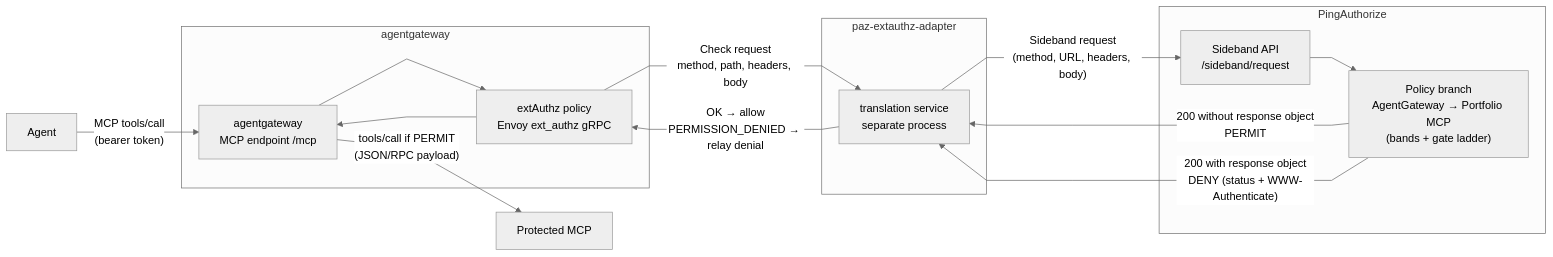
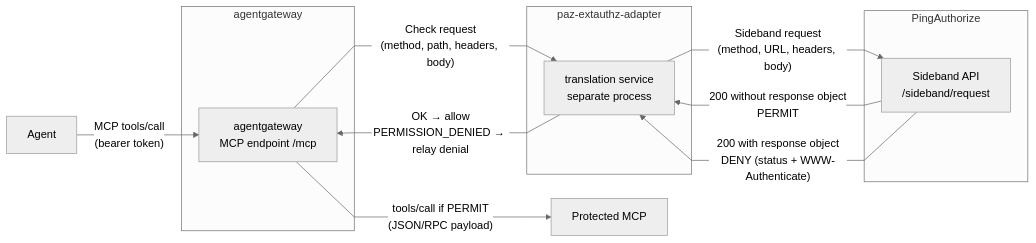
The diagram in _posts/2026-10-19-centralizing-mcp-authorization-with-p1authorize-part-2-agentgateway.md (carbonefederico/blog-content), drawn with Mermaid (neutral theme) before and after one commit. The commit also changed other lines of this file, not shown here.

Commit message:
Publish ready articles from blogger-agent

````diff
--- a/_posts/2026-10-19-centralizing-mcp-authorization-with-p1authorize-part-2-agentgateway.md
+++ b/_posts/2026-10-19-centralizing-mcp-authorization-with-p1authorize-part-2-agentgateway.md
@@ -51,31 +38,26 @@
 ```mermaid
 %%{init: {'flowchart': {'curve': 'linear'}}}%%
 flowchart LR
     C["Agent"]
     MCP["Protected MCP"]
 
     subgraph AGW["agentgateway"]
         EP["agentgateway\nMCP endpoint /mcp"]
-        EXT["extAuthz policy\nEnvoy ext_authz gRPC"]
     end
 
     subgraph ADAPTER["paz-extauthz-adapter"]
         AD["translation service\nseparate process"]
     end
 
     subgraph PING["PingAuthorize"]
         SB["Sideband API\n/sideband/request"]
-        PDP["Policy branch\nAgentGateway → Portfolio MCP\n(bands + gate ladder)"]
     end
 
     C -->|"MCP tools/call\n(bearer token)"| EP
-    EP --> EXT
-    EXT -->|"Check request\nmethod, path, headers, body"| AD
+    EP -->|"Check request\n(method, path, headers, body)"| AD
     AD -->|"Sideband request\n(method, URL, headers, body)"| SB
-    SB --> PDP
-    PDP -->|"200 without response object\nPERMIT"| AD
-    PDP -->|"200 with response object\nDENY (status + WWW-Authenticate)"| AD
-    AD -->|"OK → allow\nPERMISSION_DENIED → relay denial"| EXT
-    EXT --> EP
+    SB -->|"200 without response object\nPERMIT"| AD
+    SB -->|"200 with response object\nDENY (status + WWW-Authenticate)"| AD
+    AD -->|"OK → allow\nPERMISSION_DENIED → relay denial"| EP
     EP -->|"tools/call if PERMIT\n(JSON/RPC payload)"| MCP
 ```
````
